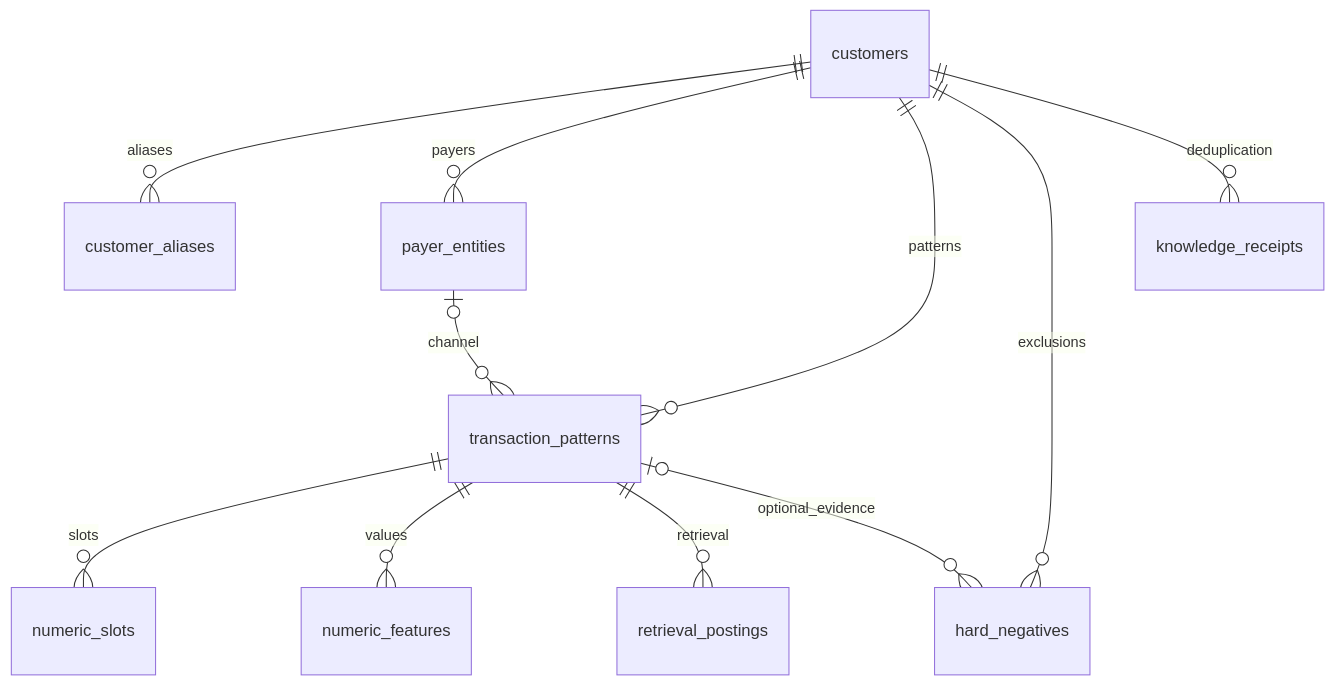
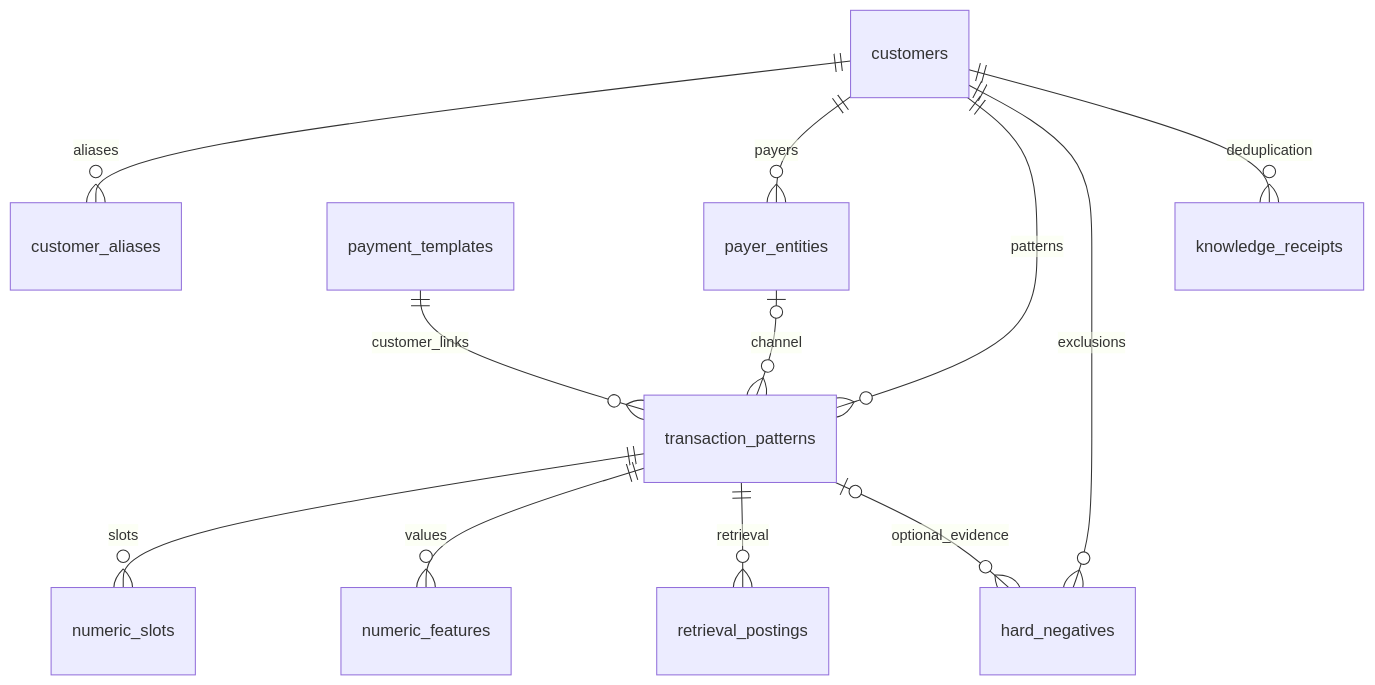
Before and after one commit to vnminh/invoice_huewaco: the diagram in docs/database-schema.md, drawn with Mermaid. The commit also changed other lines of this file and 27 other files, not shown here.

````diff
--- a/docs/database-schema.md
+++ b/docs/database-schema.md
@@ -11,13 +11,14 @@
 ```mermaid
 erDiagram
     customers ||--o{ customer_aliases : aliases
+    payment_templates ||--o{ transaction_patterns : customer_links
     customers ||--o{ payer_entities : payers
     customers ||--o{ transaction_patterns : patterns
     payer_entities o|--o{ transaction_patterns : channel
     transaction_patterns ||--o{ numeric_slots : slots
     transaction_patterns ||--o{ numeric_features : values
     transaction_patterns ||--o{ retrieval_postings : retrieval
     customers ||--o{ hard_negatives : exclusions
     transaction_patterns o|--o{ hard_negatives : optional_evidence
     customers ||--o{ knowledge_receipts : deduplication
 ```
````
